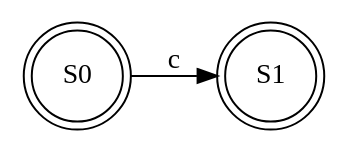
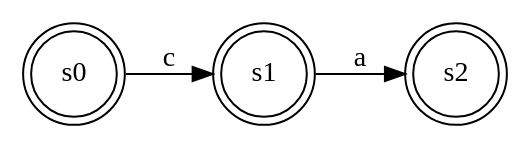
The diagram in AFN.gv (saritazavala/Automatas_Finitos), drawn with Graphviz before and after one commit. The commit also changed 4 other files, not shown here.

```diff
--- a/AFN.gv
+++ b/AFN.gv
@@ -1,7 +1,8 @@
 digraph finite_state_machine {
 	rankdir=LR size="8,5"
 	node [shape=doublecircle]
-	S0
-	S1
-	S0 -> S1 [label=c]
+	s0
+	s2
+	s0 -> s1 [label=c]
+	s1 -> s2 [label=a]
 }
```
